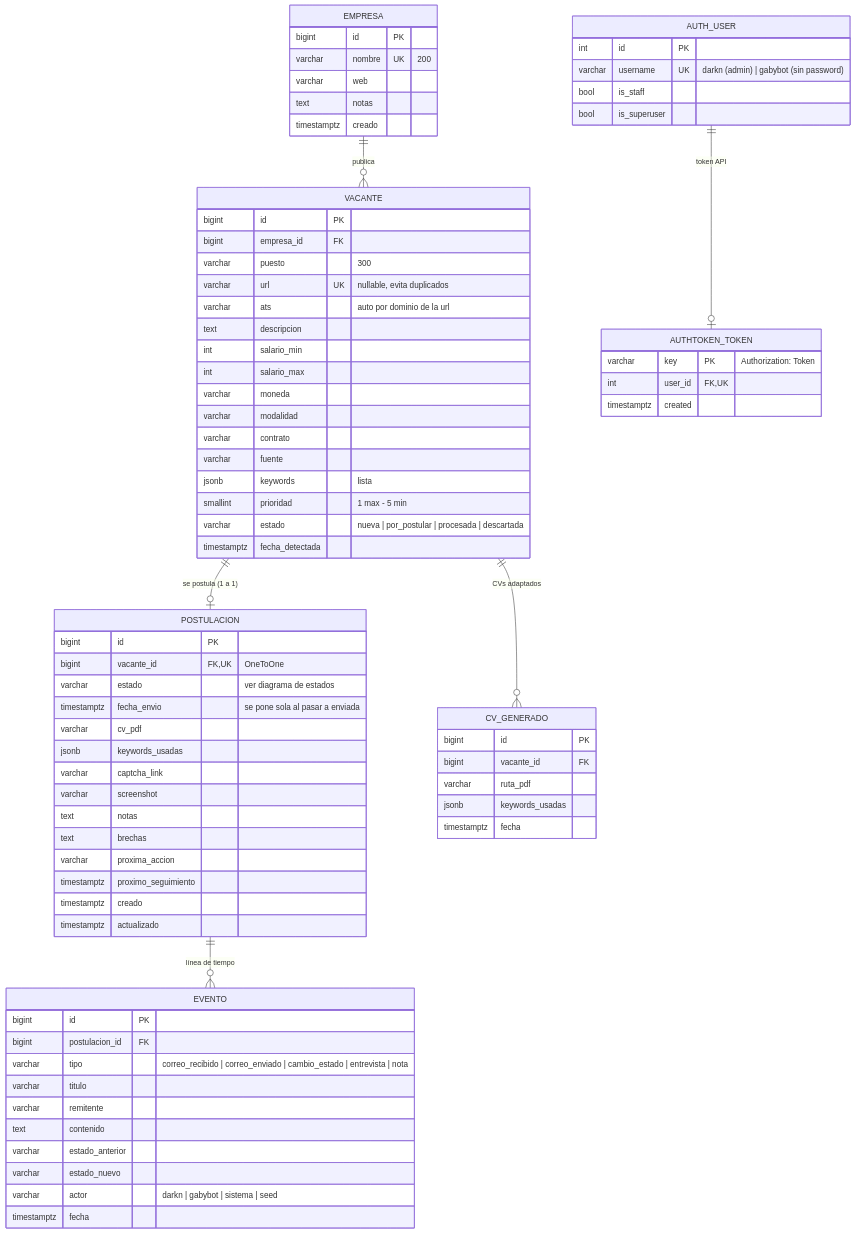
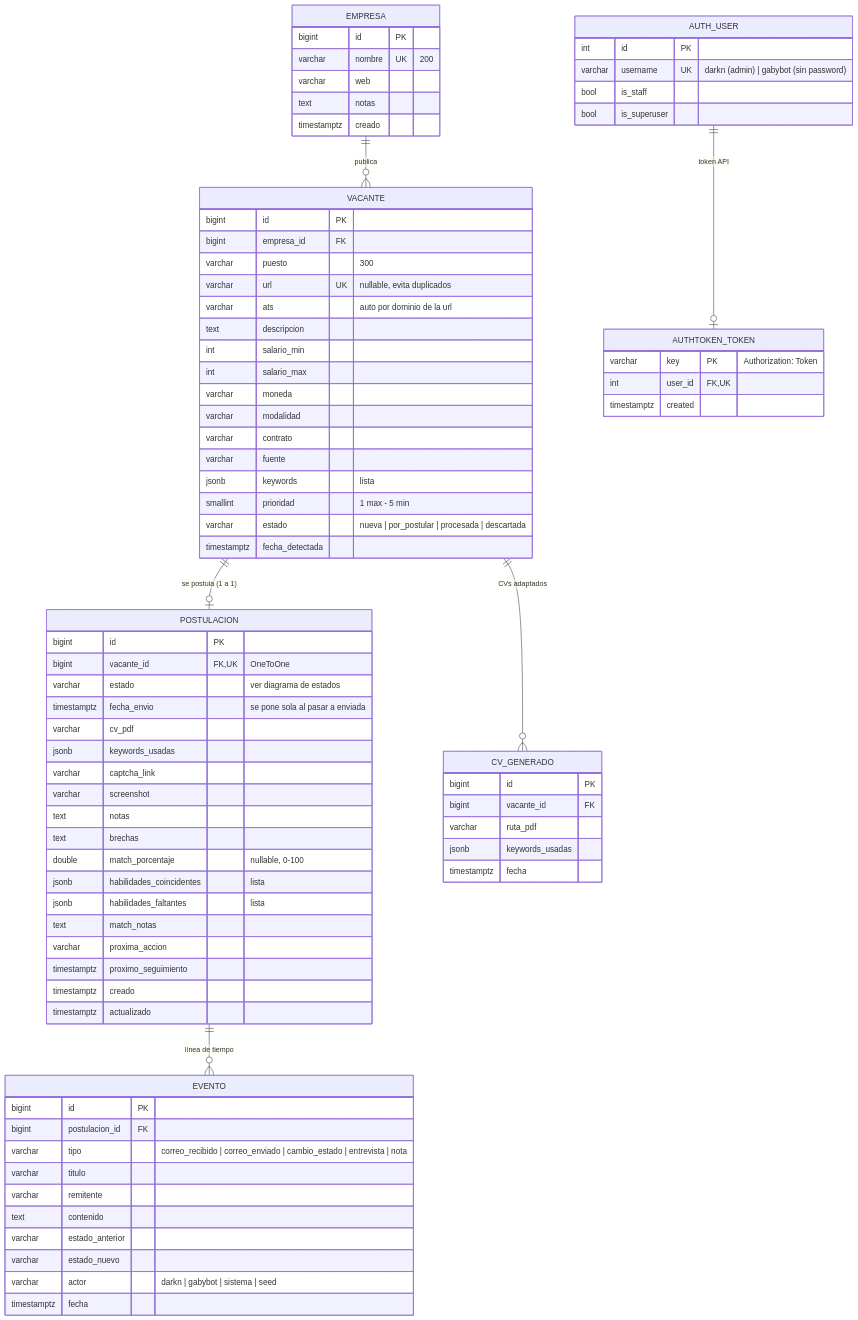
The first of 3 diagrams in docs/DATABASE.md (darkn-code/job-machine), drawn with Mermaid before and after one commit. The commit also changed other lines of this file and 13 other files, not shown here.

```diff
--- a/docs/DATABASE.md
+++ b/docs/DATABASE.md
@@ -51,6 +51,10 @@
         varchar screenshot
         text notas
         text brechas
+        double match_porcentaje "nullable, 0-100"
+        jsonb habilidades_coincidentes "lista"
+        jsonb habilidades_faltantes "lista"
+        text match_notas
         varchar proxima_accion
         timestamptz proximo_seguimiento
         timestamptz creado
```
